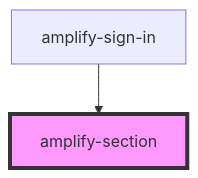
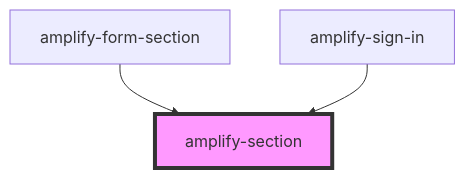
The diagram in packages/amplify-ui-components/src/components/amplify-section/readme.md (OneDev0411/amplify-js), drawn with Mermaid before and after one commit. The commit also changed other lines of this file and 16 other files, not shown here.

````diff
--- a/packages/amplify-ui-components/src/components/amplify-section/readme.md
+++ b/packages/amplify-ui-components/src/components/amplify-section/readme.md
@@ -23,5 +24,6 @@
 ```mermaid
 graph TD;
+  amplify-form-section --> amplify-section
   amplify-sign-in --> amplify-section
   style amplify-section fill:#f9f,stroke:#333,stroke-width:4px
 ```
````
